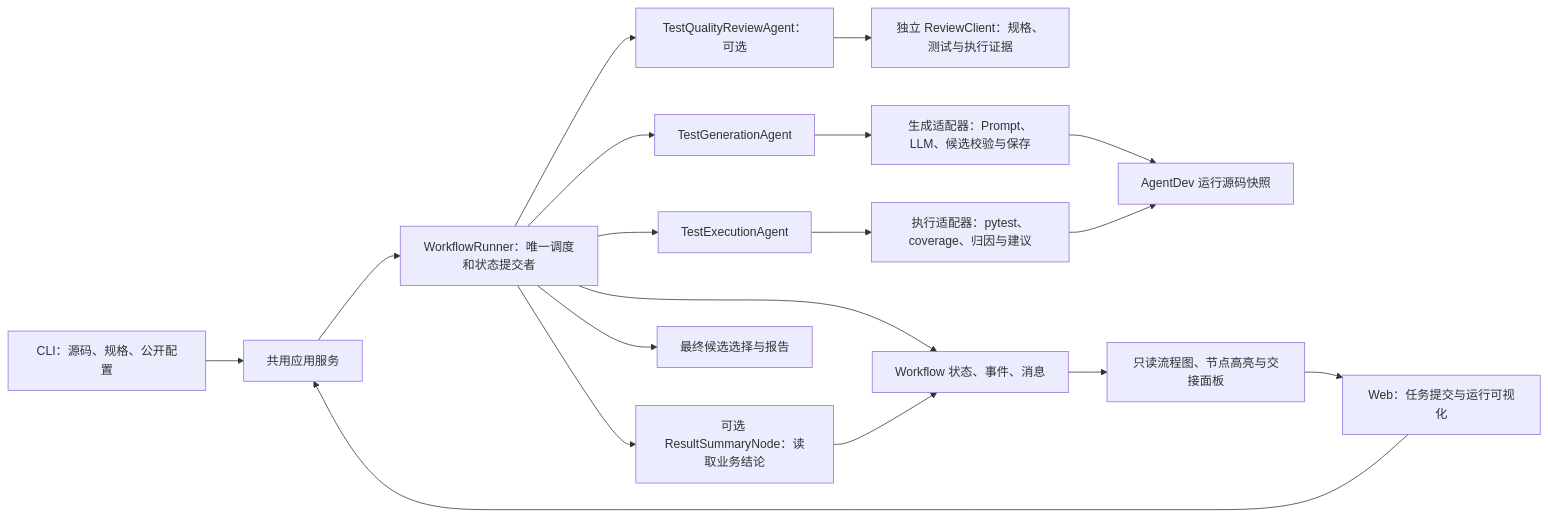
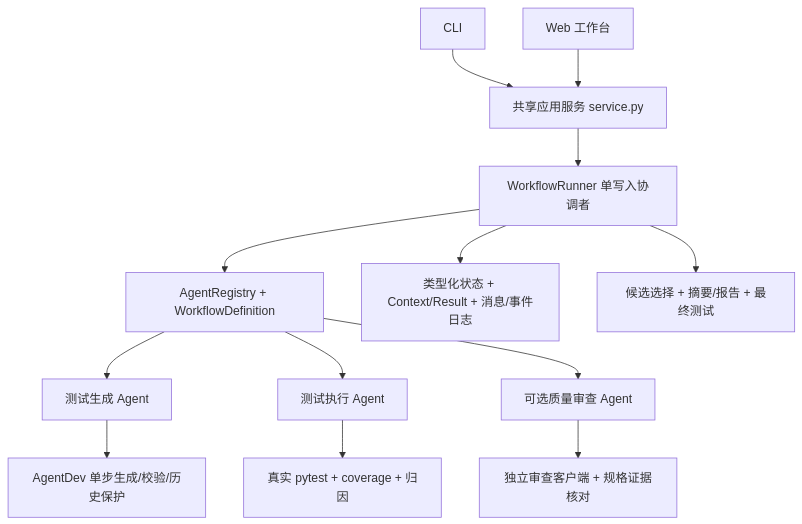
The first of 2 diagrams in Design.md (ZHZ1111/Workflow), drawn with Mermaid before and after one commit. The commit also changed other lines of this file and 82 other files, not shown here.

````diff
--- a/Design.md
+++ b/Design.md
@@ -11,20 +7,15 @@
 ```mermaid
-flowchart LR
-    CLI[CLI：源码、规格、公开配置] --> SVC[共用应用服务]
-    WEB[Web：任务提交与运行可视化] --> SVC
-    SVC --> W[WorkflowRunner：唯一调度和状态提交者]
-    W --> G[TestGenerationAgent]
-    W --> E[TestExecutionAgent]
-    W --> Q[TestQualityReviewAgent：可选]
-    Q --> QC[独立 ReviewClient：规格、测试与执行证据]
-    G --> GA[生成适配器：Prompt、LLM、候选校验与保存]
-    E --> EA[执行适配器：pytest、coverage、归因与建议]
-    GA --> V[AgentDev 运行源码快照]
-    EA --> V
-    W --> S[Workflow 状态、事件、消息]
-    S --> VIEW[只读流程图、节点高亮与交接面板]
-    VIEW --> WEB
-    W --> N[可选 ResultSummaryNode：读取业务结论]
-    N --> S
-    W --> R[最终候选选择与报告]
+flowchart TD
+    CLI[CLI] --> S[共享应用服务 service.py]
+    WEB[Web 工作台] --> S
+    S --> W[WorkflowRunner 单写入协调者]
+    W --> R[AgentRegistry + WorkflowDefinition]
+    R --> G[测试生成 Agent]
+    R --> E[测试执行 Agent]
+    R --> Q[可选质量审查 Agent]
+    G --> A[AgentDev 单步生成/校验/历史保护]
+    E --> P[真实 pytest + coverage + 归因]
+    Q --> V[独立审查客户端 + 规格证据核对]
+    W --> ST[类型化状态 + Context/Result + 消息/事件日志]
+    W --> O[候选选择 + 摘要/报告 + 最终测试]
 ```
````
